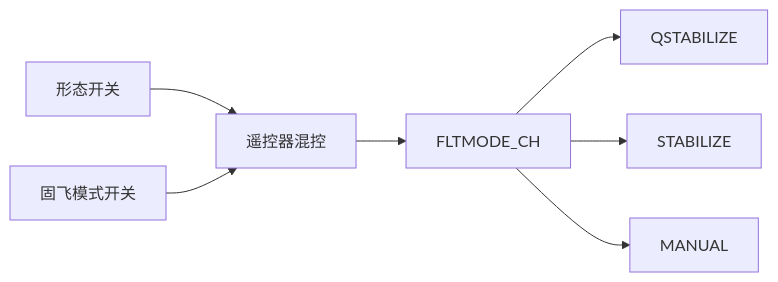
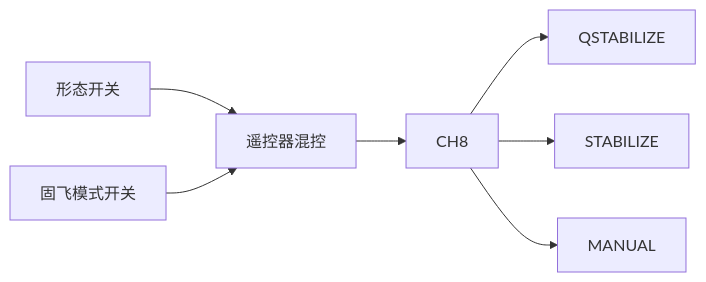
Before and after one commit to witon/TiltrotorAircraft: the second of 2 diagrams in docs/flight-modes.md, drawn with Mermaid. The commit also changed other lines of this file and 4 other files, not shown here.

````diff
--- a/docs/flight-modes.md
+++ b/docs/flight-modes.md
@@ -64,13 +64,13 @@
 ```mermaid
 flowchart LR
   swMorph[形态开关]
   swFw[固飞模式开关]
   mix[遥控器混控]
-  flt[FLTMODE_CH]
+  ch8[CH8]
   swMorph --> mix
   swFw --> mix
-  mix --> flt
-  flt --> qstab[QSTABILIZE]
-  flt --> stab[STABILIZE]
-  flt --> man[MANUAL]
+  mix --> ch8
+  ch8 --> qstab[QSTABILIZE]
+  ch8 --> stab[STABILIZE]
+  ch8 --> man[MANUAL]
 ```
````
